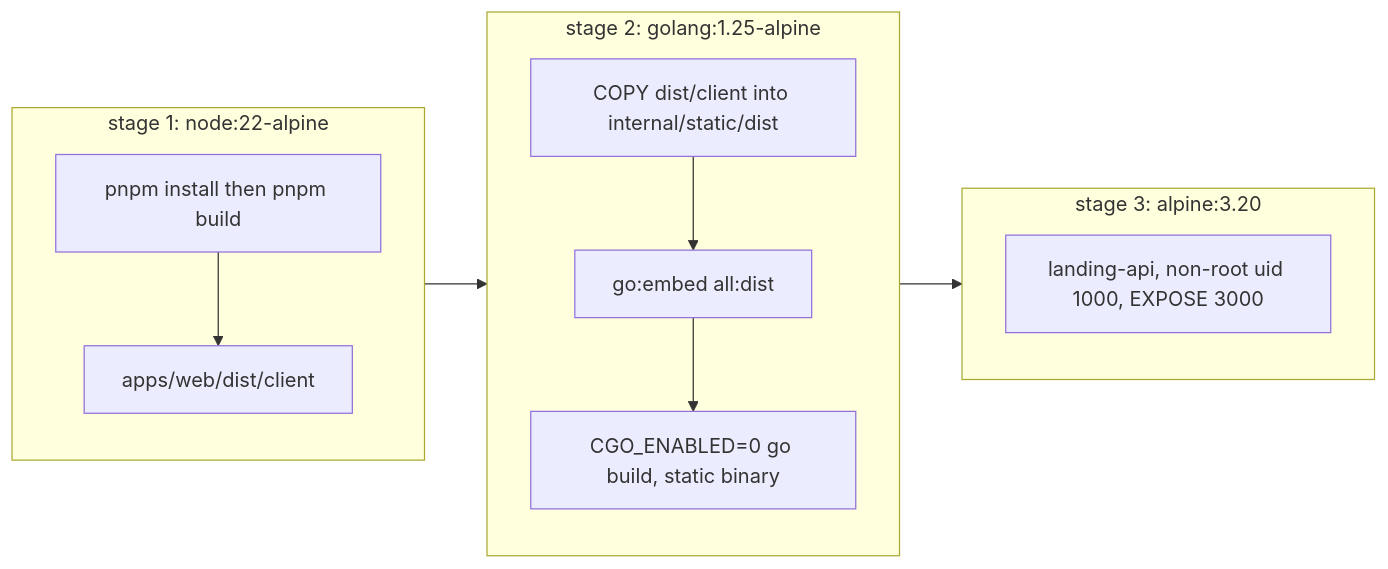
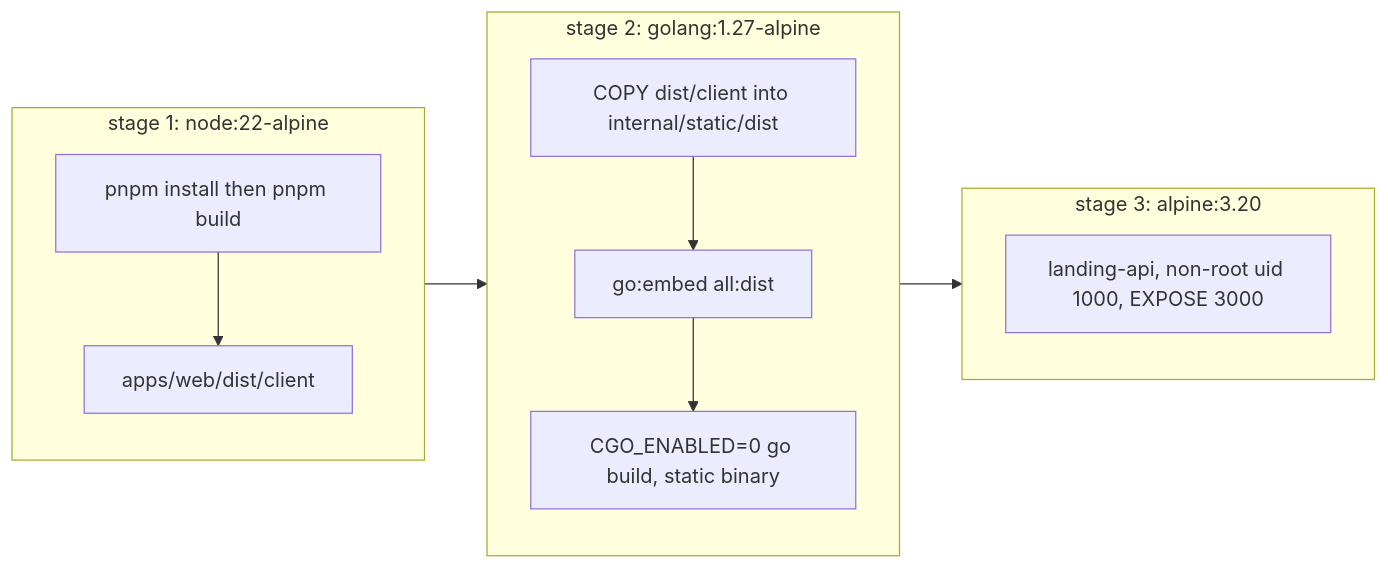
One commit to tanasoft1/landing_kit changed the fourth of 13 diagrams in ARCHITECTURE.md. Above: the diagram before and after it, drawn with Mermaid. The commit also changed 148 other files, not shown here.

````diff
--- a/ARCHITECTURE.md
+++ b/ARCHITECTURE.md
@@ -168,18 +168,18 @@
 ```mermaid
 flowchart LR
   subgraph S1["stage 1: node:22-alpine"]
     direction TB
     W["pnpm install then pnpm build"] --> D1["apps/web/dist/client"]
   end
-  subgraph S2["stage 2: golang:1.25-alpine"]
+  subgraph S2["stage 2: golang:1.27-alpine"]
     direction TB
     CP["COPY dist/client into internal/static/dist"] --> EMB["go:embed all:dist"]
     EMB --> BIN["CGO_ENABLED=0 go build, static binary"]
   end
   subgraph S3["stage 3: alpine:3.20"]
     direction TB
     RUN["landing-api, non-root uid 1000, EXPOSE 3000"]
   end
   D1 --> CP
   BIN --> RUN
 ```
````
